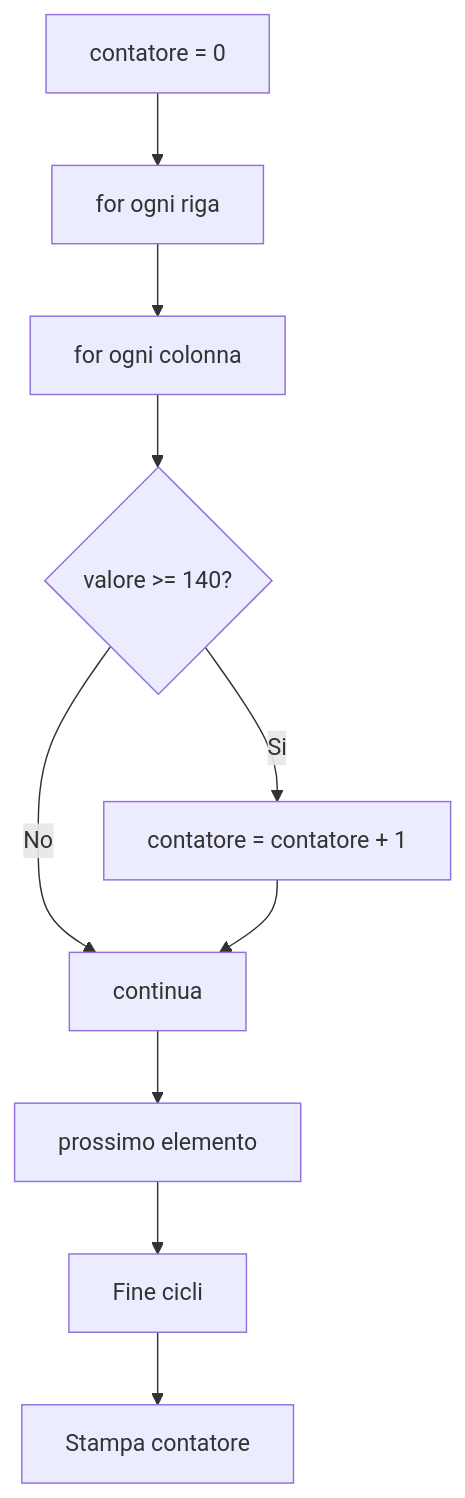
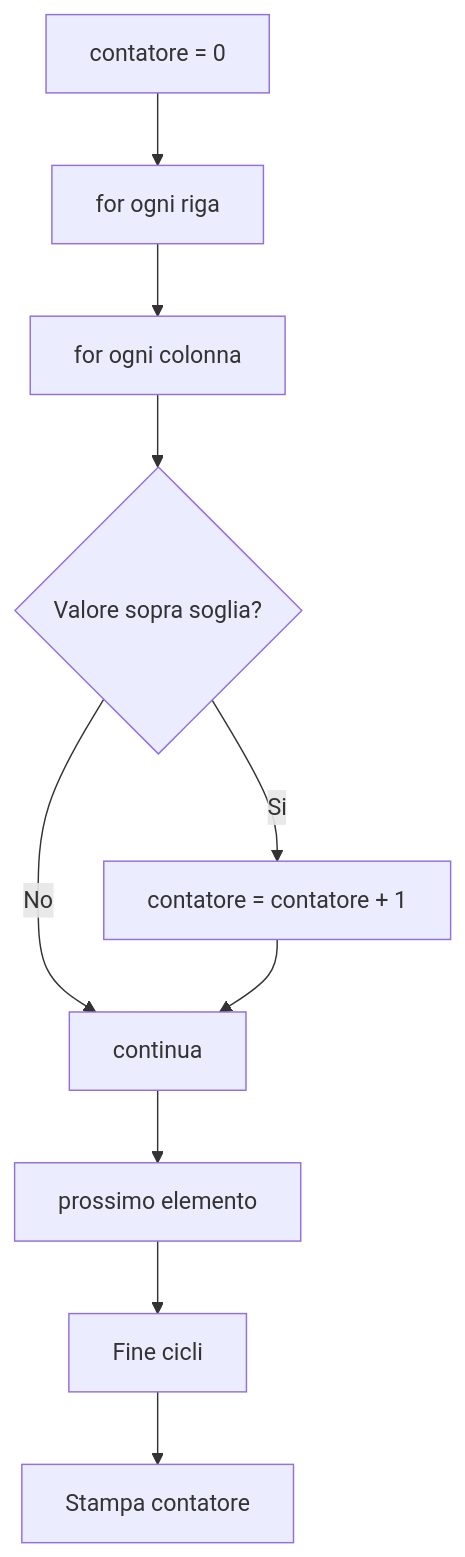
One commit to lucadagati/Lab_Fondamenti_di_Informatica_25_26 changed the fifth of 10 diagrams in 03-matlab-strutture-controllo/README.md. Above: the diagram before and after it, drawn with Mermaid. The commit also changed other lines of this file, not shown here.

First line of the commit message:
Fix Mermaid compatibility in Lab 3 diagrams

````diff
--- a/03-matlab-strutture-controllo/README.md
+++ b/03-matlab-strutture-controllo/README.md
@@ -135,12 +135,12 @@
 ```mermaid
 flowchart TD
     A[contatore = 0] --> B[for ogni riga]
     B --> C[for ogni colonna]
-    C --> D{valore >= 140?}
+    C --> D{Valore sopra soglia?}
     D -- Si --> E[contatore = contatore + 1]
     D -- No --> F[continua]
     E --> F
     F --> G[prossimo elemento]
     G --> H[Fine cicli]
     H --> I[Stampa contatore]
 ```
````
